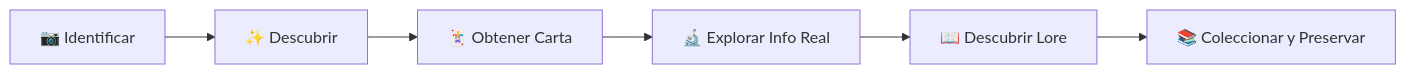
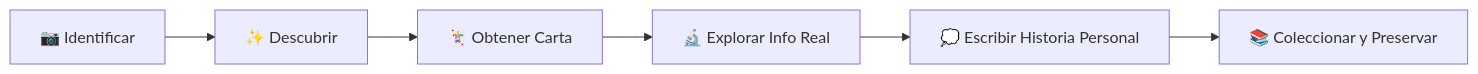
The diagram in docs/GDD.md (d4ms36/whoanimal), drawn with Mermaid before and after one commit. The commit also changed other lines of this file and 6 other files, not shown here.

````diff
--- a/docs/GDD.md
+++ b/docs/GDD.md
@@ -17,8 +17,8 @@
 ```mermaid
 flowchart LR
     A[📷 Identificar] --> B[✨ Descubrir]
     B --> C[🃏 Obtener Carta]
     C --> D[🔬 Explorar Info Real]
-    D --> E[📖 Descubrir Lore]
+    D --> E[💭 Escribir Historia Personal]
     E --> F[📚 Coleccionar y Preservar]
 ```
````
